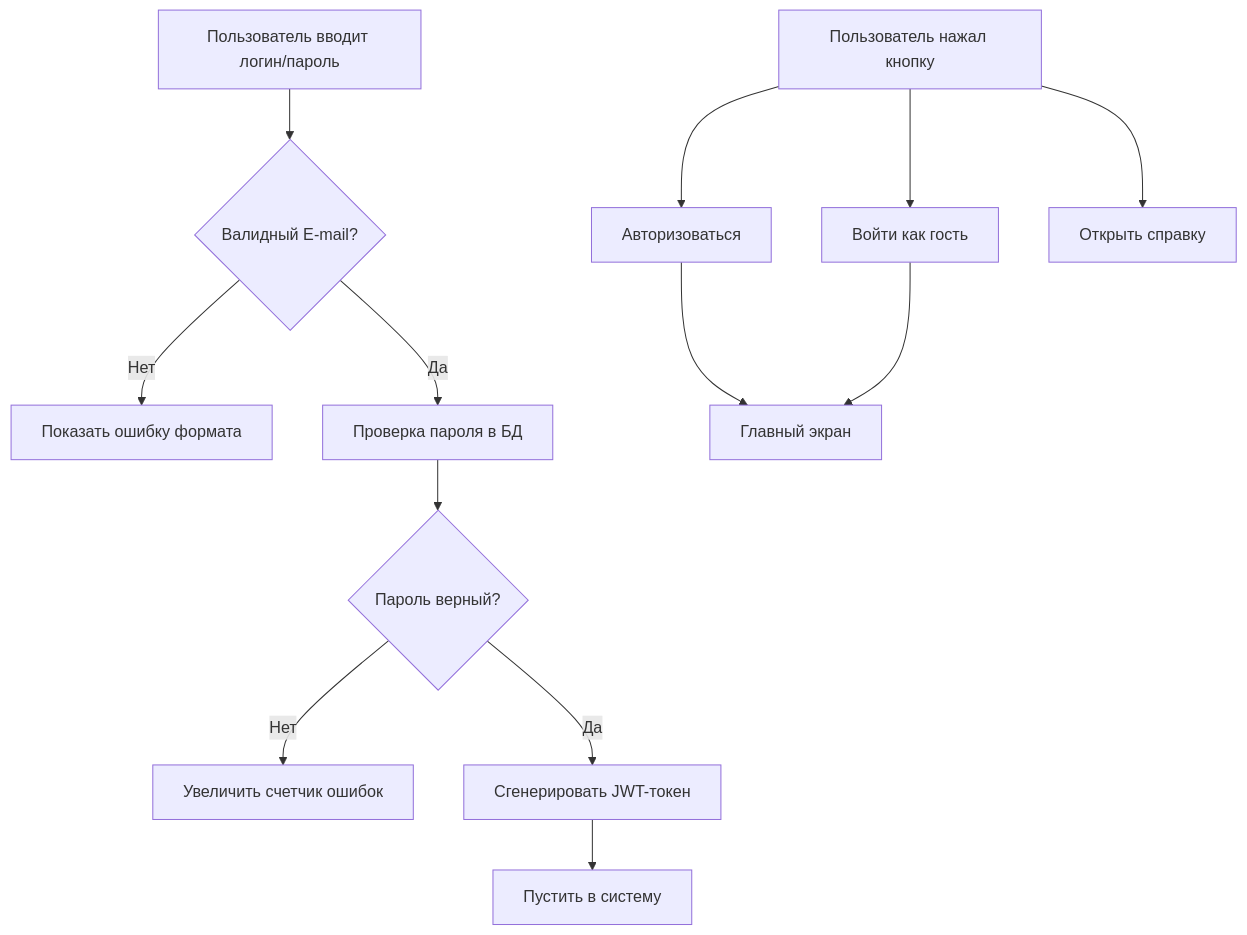
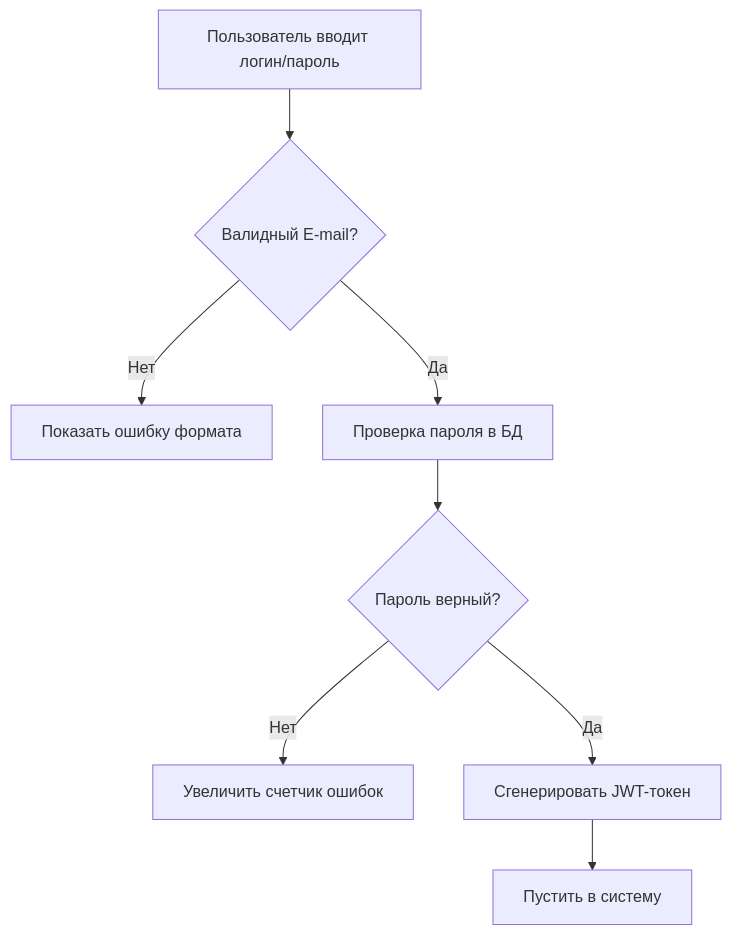
One commit to Levino66/RandomCoolThings changed the diagram in FancyAlgorythm.md. Above: the diagram before and after it, drawn with Mermaid.

````diff
--- a/FancyAlgorythm.md
+++ b/FancyAlgorythm.md
@@ -1,19 +1,10 @@
 ```mermaid
 graph TD
     A[Пользователь вводит логин/пароль] --> B{Валидный E-mail?}
     B -- Нет --> C[Показать ошибку формата]
     B -- Да --> D[Проверка пароля в БД]
     D --> E{Пароль верный?}
     E -- Нет --> F[Увеличить счетчик ошибок]
     E -- Да --> G[Сгенерировать JWT-токен]
     G --> H[Пустить в систему]
-
-    %% Несколько стрелок ИЗ одного элемента
-    Start[Пользователь нажал кнопку] --> Auth[Авторизоваться]
-    Start --> Guest[Войти как гость]
-    Start --> Info[Открыть справку]
-
-    %% Несколько стрелок В один элемент
-    Auth --> Dashboard[Главный экран]
-    Guest --> Dashboard
 ```
````
